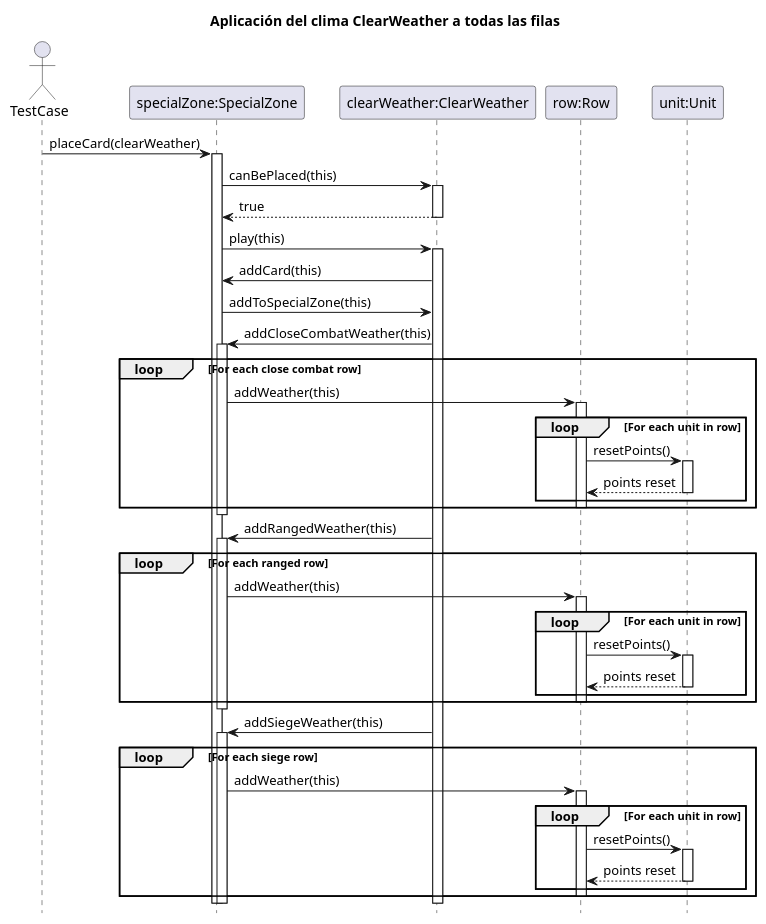
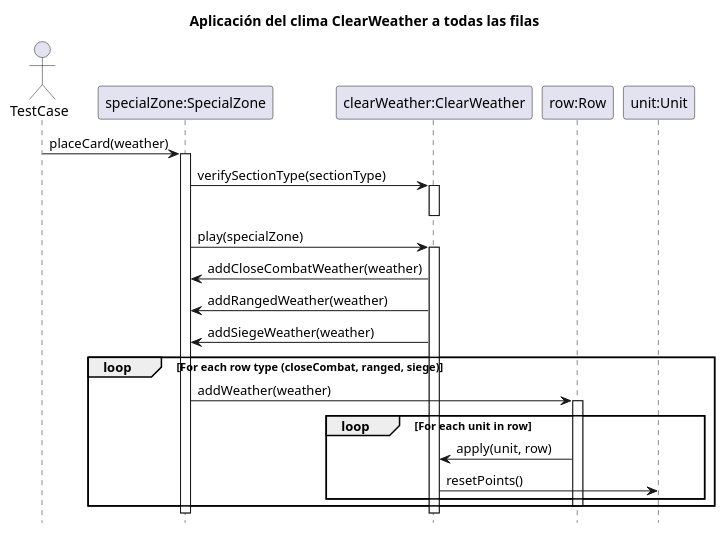
Before and after one commit to Yonhir/algo3_proyecto_base_tp2: the diagram in diagrams/sequences/AplicarClearWeather.plantuml, drawn with PlantUML. The commit also changed 15 other files, not shown here.

Commit message:
update diagrams

```diff
--- a/diagrams/sequences/AplicarClearWeather.plantuml
+++ b/diagrams/sequences/AplicarClearWeather.plantuml
@@ -1,88 +1,35 @@
 @startuml
 
 hide footbox
 title Aplicación del clima ClearWeather a todas las filas
 
 actor TestCase
 
-participant "specialZone:SpecialZone" as SpecialZone
-participant "clearWeather:ClearWeather" as Weather
-participant "row:Row" as Row
-participant "unit:Unit" as Unit
+participant "specialZone:SpecialZone" as specialZone
+participant "clearWeather:ClearWeather" as weather
+participant "row:Row" as row
+participant "unit:Unit" as unit
 
-TestCase -> SpecialZone: placeCard(clearWeather)
-activate SpecialZone
+TestCase -> specialZone: placeCard(weather)
+    activate specialZone
+    specialZone -> weather: verifySectionType(sectionType)
+        activate weather
+        deactivate weather
+    specialZone -> weather: play(specialZone)
+        activate weather
+        weather -> specialZone: addCloseCombatWeather(weather)
+        weather -> specialZone: addRangedWeather(weather)
+        weather -> specialZone: addSiegeWeather(weather)
+        loop For each row type (closeCombat, ranged, siege)
+            specialZone -> row: addWeather(weather)
+                activate row
+                loop For each unit in row
+                    row -> weather: apply(unit, row)
+                        weather -> unit: resetPoints()
+                end
+                deactivate row
+        end
+        deactivate weather
+    deactivate specialZone
 
-SpecialZone -> Weather: canBePlaced(this)
-activate Weather
-Weather --> SpecialZone: true
-deactivate Weather
-
-SpecialZone -> Weather: play(this)
-activate Weather
-
-Weather -> SpecialZone: addCard(this)
-
-SpecialZone -> Weather: addToSpecialZone(this)
-
-Weather -> SpecialZone: addCloseCombatWeather(this)
-activate SpecialZone
-
-loop For each close combat row
-    SpecialZone -> Row: addWeather(this)
-    activate Row
-    
-    loop For each unit in row
-        Row -> Unit: resetPoints()
-        activate Unit
-        Unit --> Row: points reset
-        deactivate Unit
-    end
-    
-    deactivate Row
-end
-
-deactivate SpecialZone
-
-Weather -> SpecialZone: addRangedWeather(this)
-activate SpecialZone
-
-loop For each ranged row
-    SpecialZone -> Row: addWeather(this)
-    activate Row
-    
-    loop For each unit in row
-        Row -> Unit: resetPoints()
-        activate Unit
-        Unit --> Row: points reset
-        deactivate Unit
-    end
-    
-    deactivate Row
-end
-
-deactivate SpecialZone
-
-Weather -> SpecialZone: addSiegeWeather(this)
-activate SpecialZone
-
-loop For each siege row
-    SpecialZone -> Row: addWeather(this)
-    activate Row
-    
-    loop For each unit in row
-        Row -> Unit: resetPoints()
-        activate Unit
-        Unit --> Row: points reset
-        deactivate Unit
-    end
-    
-    deactivate Row
-end
-
-deactivate SpecialZone
-
-deactivate Weather
-deactivate SpecialZone
-
-@enduml 
+@enduml
```
